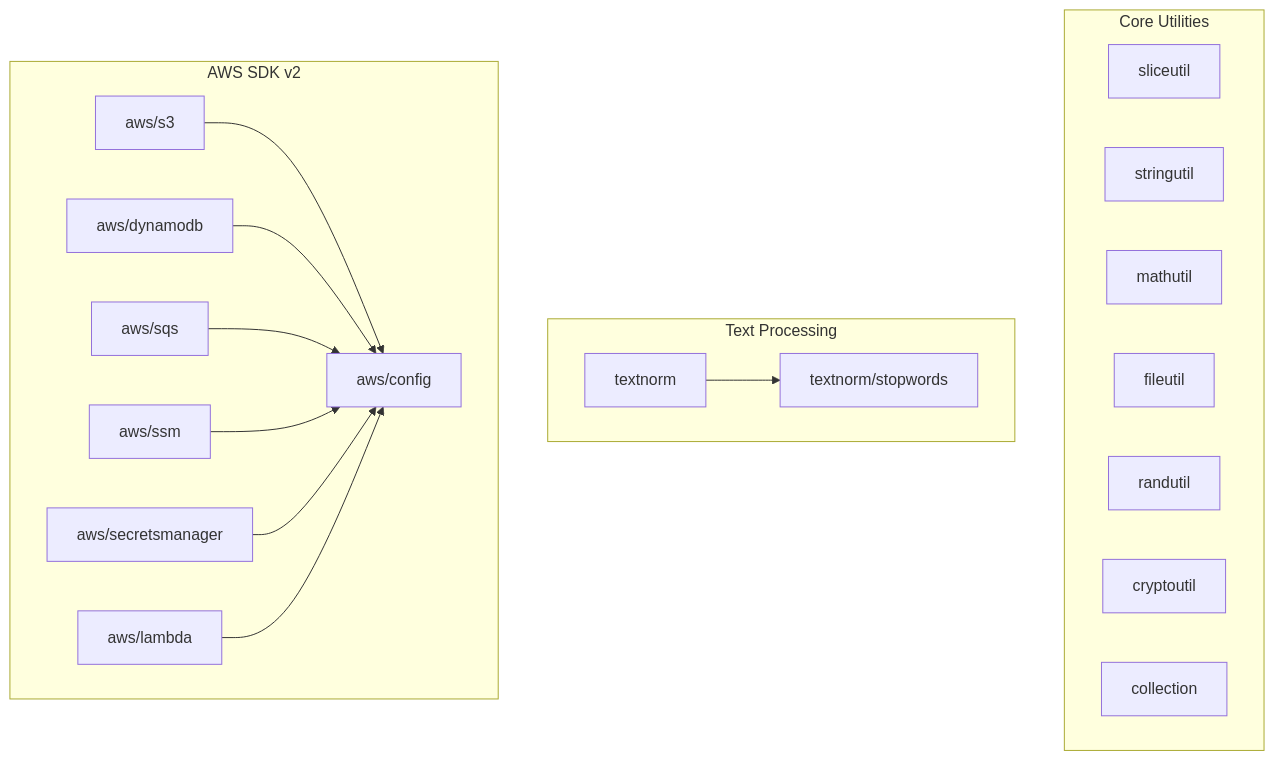
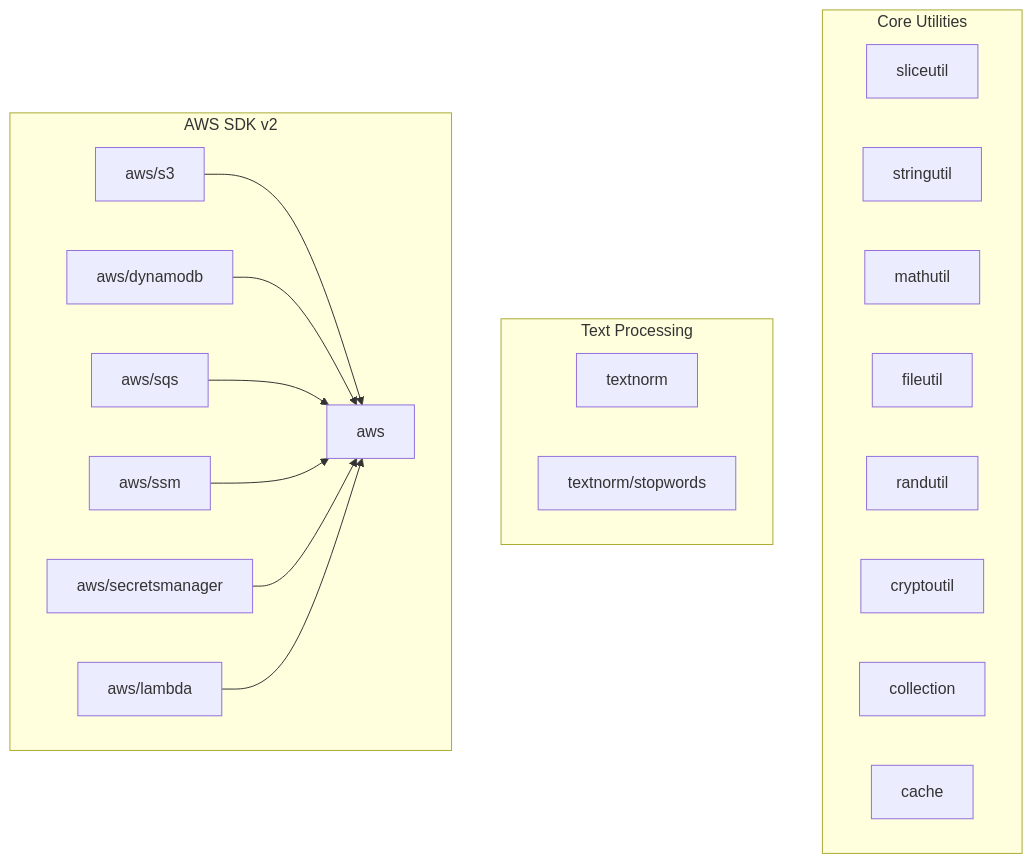
The first of 2 diagrams in docs/index.md (alessiosavi/GoGPUtils), drawn with Mermaid before and after one commit. The commit also changed other lines of this file and 9 other files, not shown here.

````diff
--- a/docs/index.md
+++ b/docs/index.md
@@ -37,35 +37,35 @@
 ```mermaid
 graph TB
     subgraph Core[Core Utilities]
         S[sliceutil]
         ST[stringutil]
         M[mathutil]
         F[fileutil]
         R[randutil]
         C[cryptoutil]
         COL[collection]
+        CA[cache]
     end
 
     subgraph Text[Text Processing]
         TN[textnorm]
         SW[textnorm/stopwords]
     end
 
     subgraph AWS[AWS SDK v2]
-        AW[aws/config]
+        AW[aws]
         S3[aws/s3]
         DDB[aws/dynamodb]
         SQS[aws/sqs]
         SSM[aws/ssm]
         SM[aws/secretsmanager]
         L[aws/lambda]
     end
 
-    TN --> SW
     S3 --> AW
     DDB --> AW
     SQS --> AW
     SSM --> AW
     SM --> AW
     L --> AW
 ```
````
